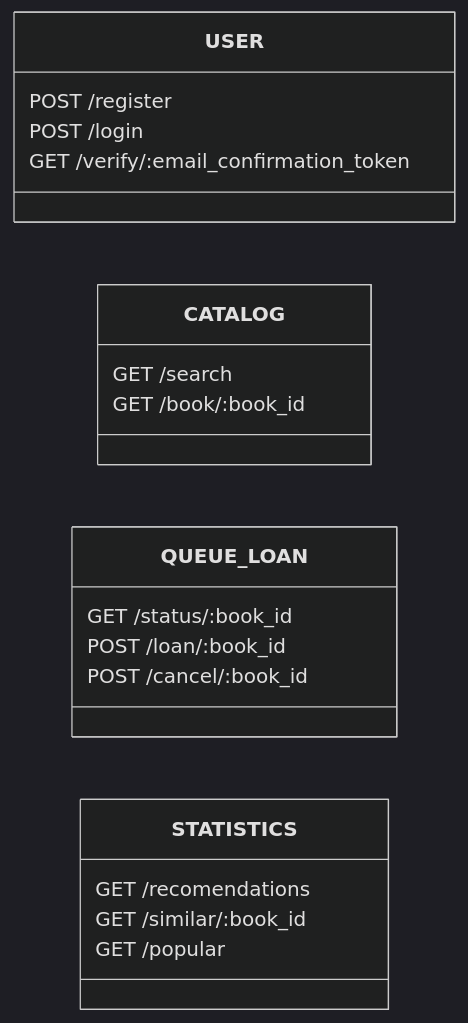
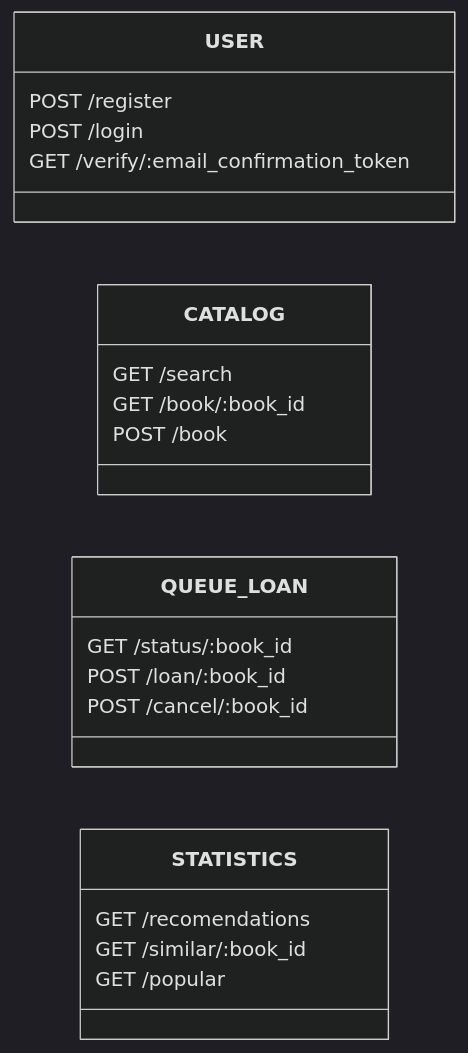
One commit to Ki4EH/lib-service changed the second of 2 diagrams in README.md. Above: the diagram before and after it, drawn with Mermaid (dark theme).

````diff
--- a/README.md
+++ b/README.md
@@ -69,29 +69,30 @@
 ```mermaid
 classDiagram
 direction LR
 class USER{
     POST /register
     POST /login
     GET /verify/:email_confirmation_token
 }
 
 direction LR
 class CATALOG{
     GET /search
     GET /book/:book_id
+    POST /book
 }
 
 direction LR
 class QUEUE_LOAN{
     GET /status/:book_id
     POST /loan/:book_id
     POST /cancel/:book_id
 }
 
 direction LR
 class STATISTICS{
     GET /recomendations
     GET /similar/:book_id
     GET /popular
 }
 ```
````
